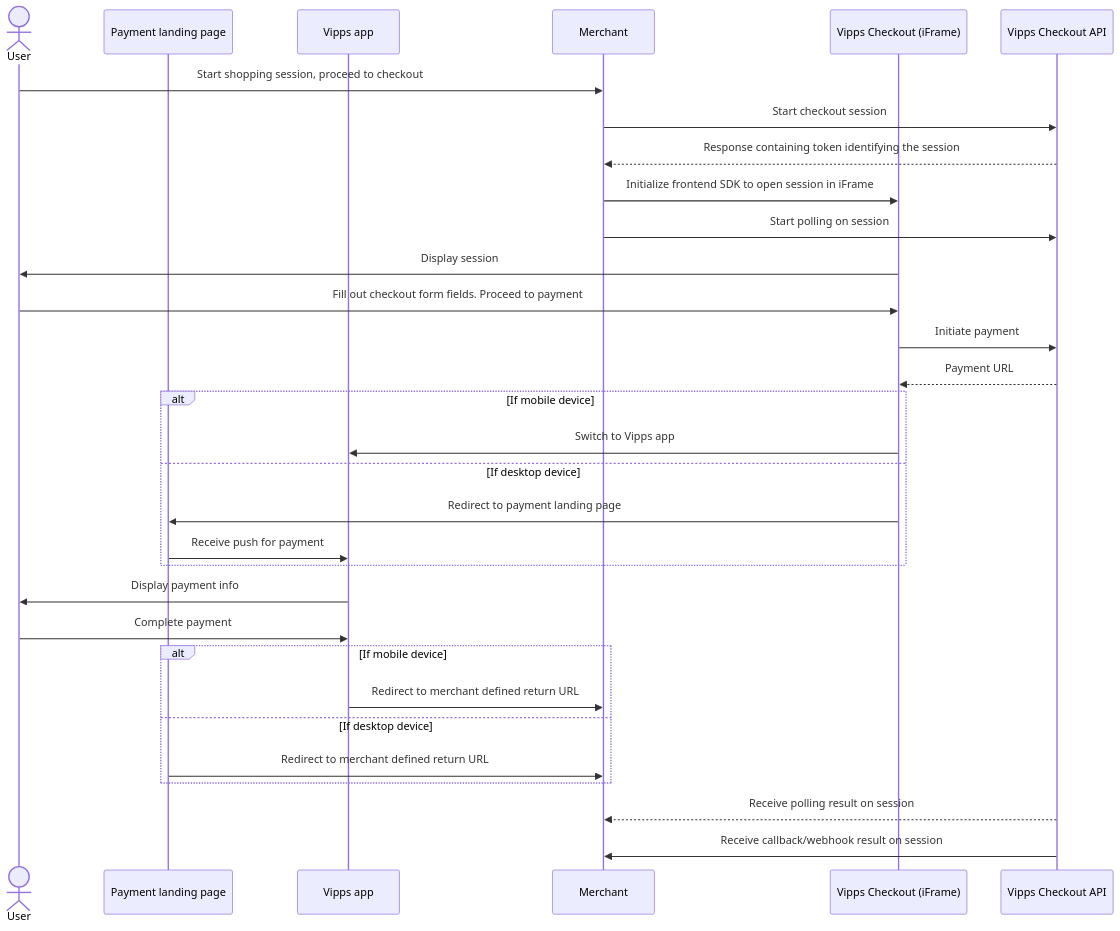
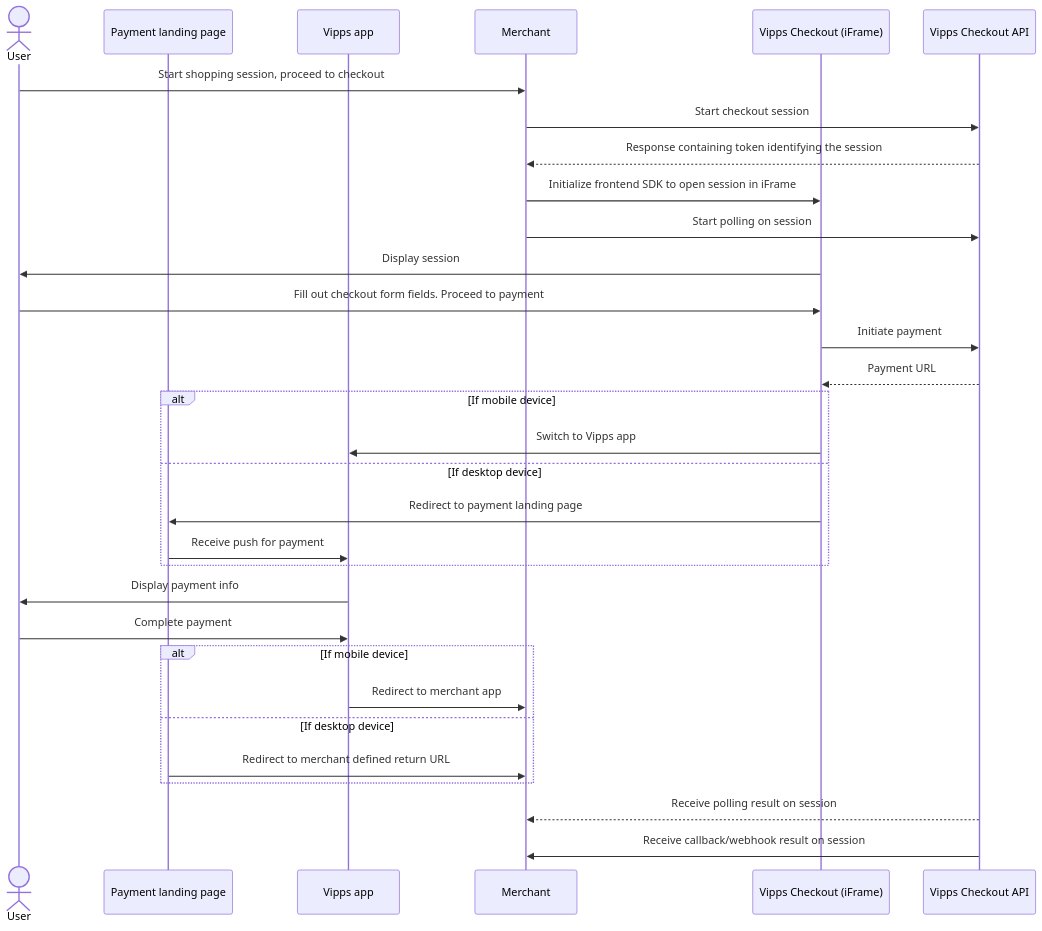
The diagram in vipps-checkout-api.md (vippsas/vipps-checkout), drawn with Mermaid before and after one commit.

Commit message:
Fix flow chart

````diff
--- a/vipps-checkout-api.md
+++ b/vipps-checkout-api.md
@@ -134,37 +134,37 @@
 ```mermaid
 sequenceDiagram
   actor User
   participant LandingPage as Payment landing page
   participant App as Vipps app
   participant Merchant
   participant Frontend as Vipps Checkout (iFrame)
   participant API as Vipps Checkout API
 
   User->>Merchant: Start shopping session, proceed to checkout
   Merchant->>API: Start checkout session
   API-->>Merchant: Response containing token identifying the session
   Merchant->>Frontend: Initialize frontend SDK to open session in iFrame
   Merchant->>API: Start polling on session
   Frontend->>User: Display session
   User->>Frontend: Fill out checkout form fields. Proceed to payment
   Frontend->>API: Initiate payment
   API-->>Frontend: Payment URL
 
   alt If mobile device
     Frontend->>App: Switch to Vipps app
   else If desktop device
     Frontend->>LandingPage: Redirect to payment landing page
     LandingPage->>App: Receive push for payment
   end
   App->>User: Display payment info
   User->>App: Complete payment
 
   alt If mobile device
-    App->>Merchant: Redirect to merchant defined return URL
+    App->>Merchant: Redirect to merchant app
   else If desktop device
     LandingPage->>Merchant: Redirect to merchant defined return URL
   end
 
   API-->>Merchant: Receive polling result on session
   API->>Merchant: Receive callback/webhook result on session
 ```
````
